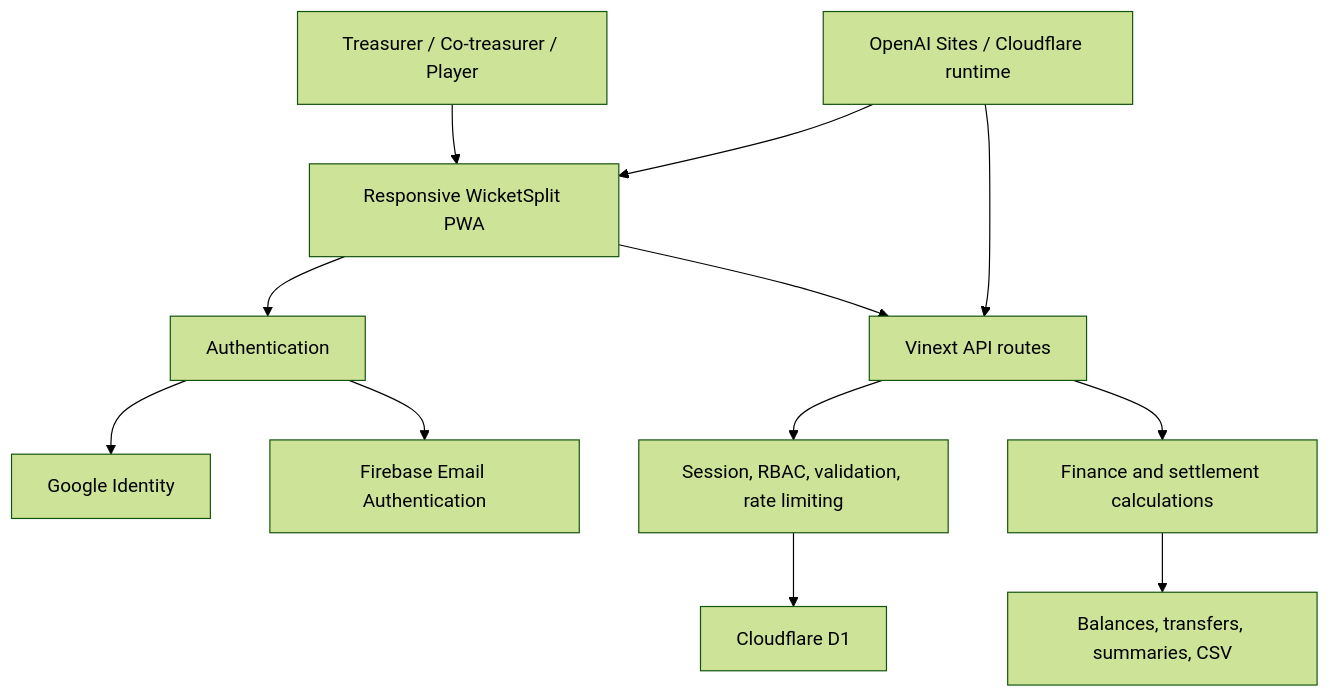
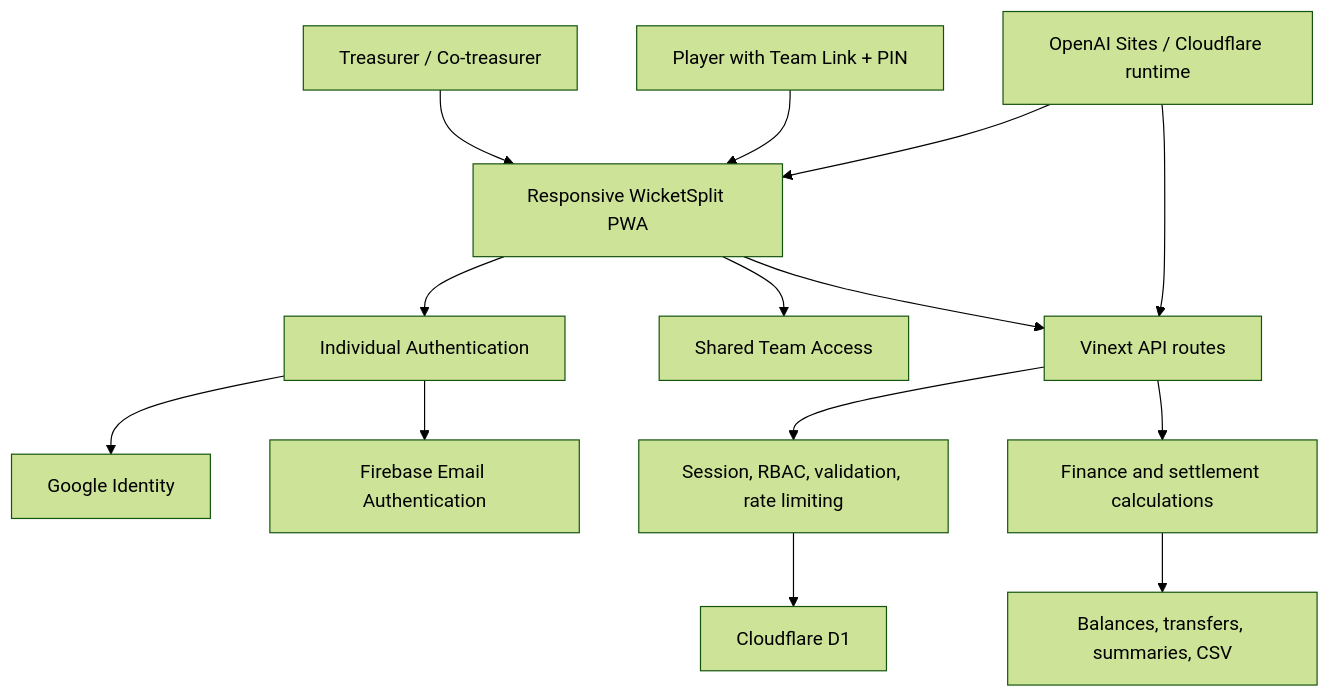
Before and after one commit to SaiduM/WicketSplit: the first of 4 diagrams in docs/HLD.md, drawn with Mermaid (forest theme). The commit also changed other lines of this file and 18 other files, not shown here.

Commit message:
Add shared team member access

````diff
--- a/docs/HLD.md
+++ b/docs/HLD.md
@@ -28,18 +29,20 @@
 ```mermaid
 flowchart TB
-    User["Treasurer / Co-treasurer / Player"] --> Web["Responsive WicketSplit PWA"]
-    Web --> Auth["Authentication"]
+    Treasurer["Treasurer / Co-treasurer"] --> Web["Responsive WicketSplit PWA"]
+    Player["Player with Team Link + PIN"] --> Web
+    Web --> Auth["Individual Authentication"]
+    Web --> Shared["Shared Team Access"]
     Web --> API["Vinext API routes"]
 
     Auth --> Google["Google Identity"]
     Auth --> Firebase["Firebase Email Authentication"]
 
     API --> Security["Session, RBAC, validation, rate limiting"]
     Security --> D1["Cloudflare D1"]
 
     API --> Finance["Finance and settlement calculations"]
     Finance --> Output["Balances, transfers, summaries, CSV"]
 
     Sites["OpenAI Sites / Cloudflare runtime"] --> Web
     Sites --> API
 ```
````
